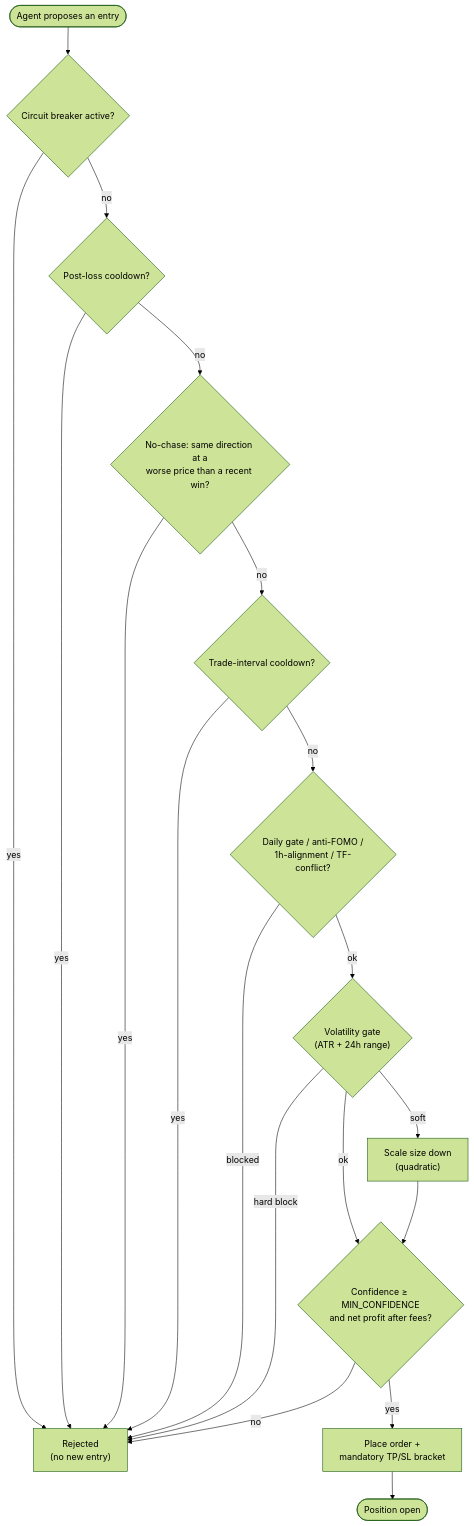
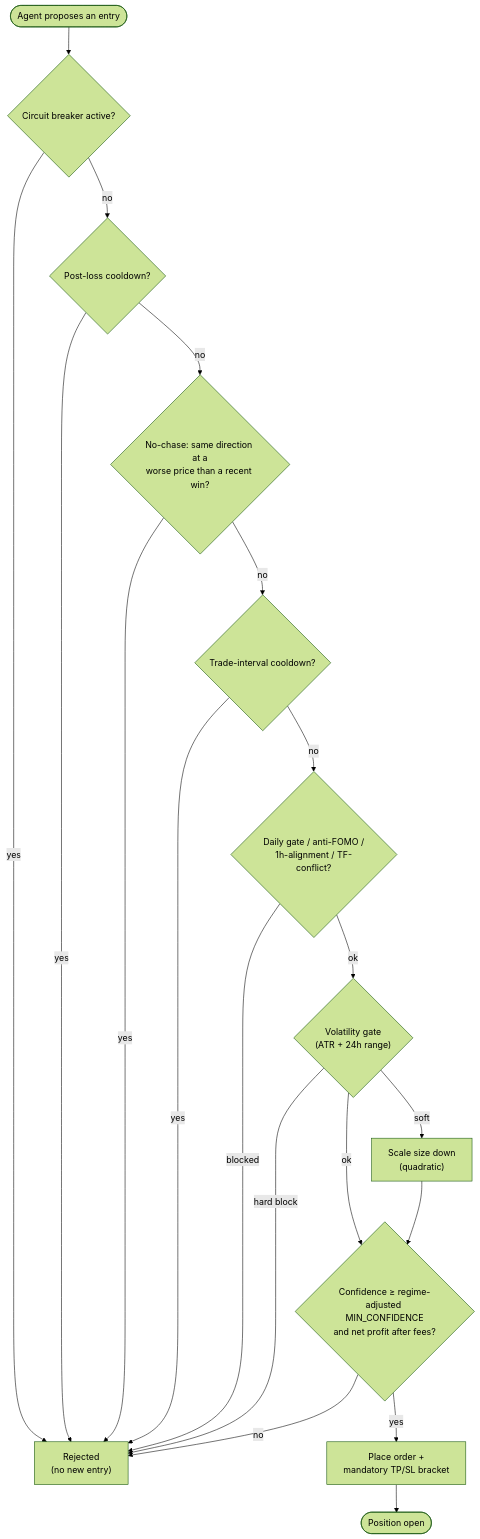
The third of 5 diagrams in README.md (abozaralizadeh/trAIde), drawn with Mermaid (forest theme) before and after one commit. The commit also changed other lines of this file and 9 other files, not shown here.

````diff
--- a/README.md
+++ b/README.md
@@ -109,21 +109,21 @@
 ```mermaid
 flowchart TD
     propose(["Agent proposes an entry"]) --> cb{"Circuit breaker active?"}
     cb -->|yes| reject["Rejected<br/>(no new entry)"]
     cb -->|no| pl{"Post-loss cooldown?"}
     pl -->|yes| reject
     pl -->|no| nc{"No-chase: same direction at a<br/>worse price than a recent win?"}
     nc -->|yes| reject
     nc -->|no| ti{"Trade-interval cooldown?"}
     ti -->|yes| reject
     ti -->|no| dg{"Daily gate / anti-FOMO /<br/>1h-alignment / TF-conflict?"}
     dg -->|blocked| reject
     dg -->|ok| vol{"Volatility gate<br/>(ATR + 24h range)"}
     vol -->|hard block| reject
     vol -->|soft| scale["Scale size down<br/>(quadratic)"]
-    vol -->|ok| conf{"Confidence &ge; MIN_CONFIDENCE<br/>and net profit after fees?"}
+    vol -->|ok| conf{"Confidence &ge; regime-adjusted MIN_CONFIDENCE<br/>and net profit after fees?"}
     scale --> conf
     conf -->|no| reject
     conf -->|yes| exec["Place order +<br/>mandatory TP/SL bracket"]
     exec --> openpos(["Position open"])
 ```
````
